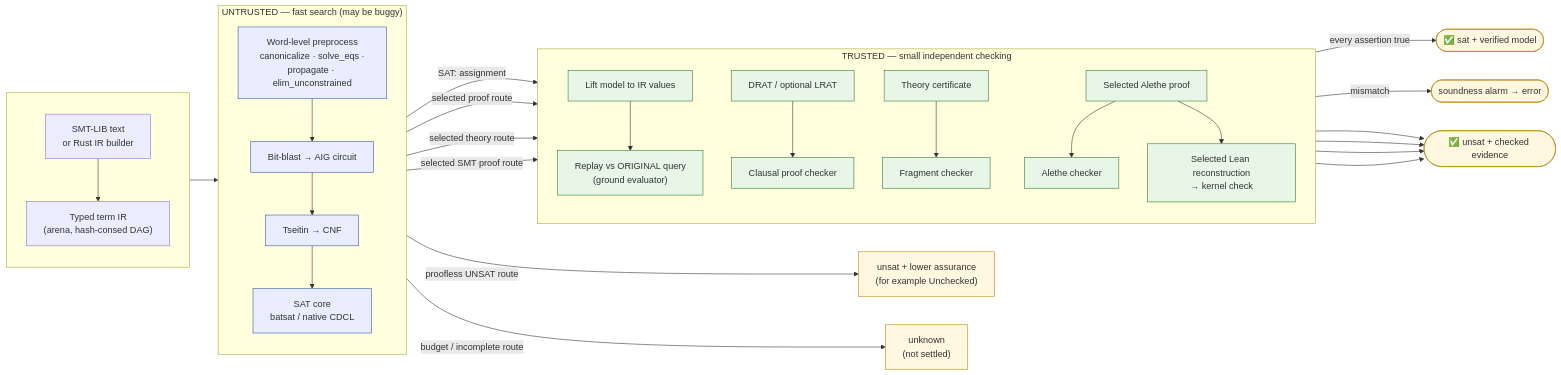
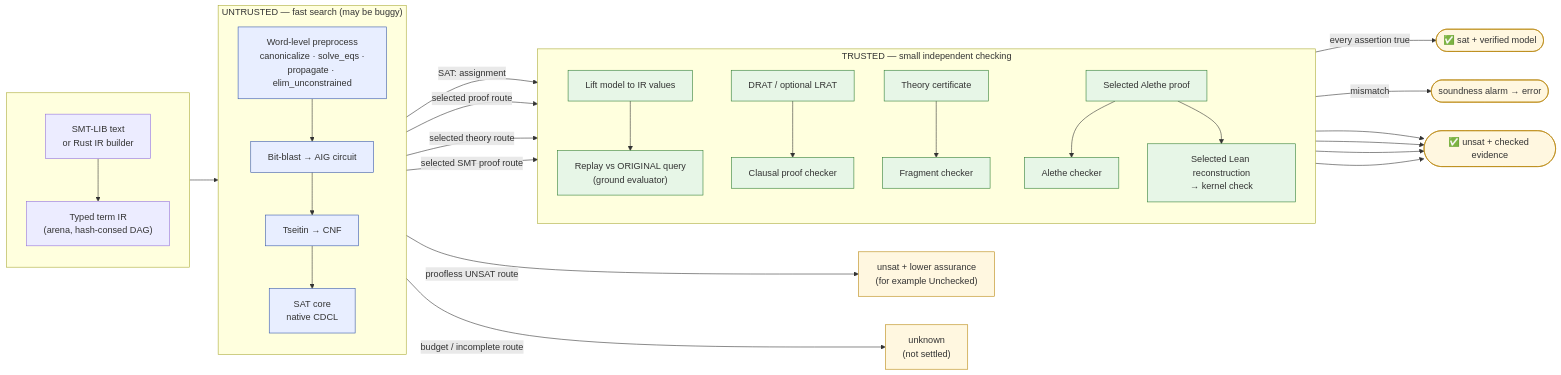
Before and after one commit to mjbommar/axeyum: the first of 2 diagrams in docs/learn/07-how-axeyum-solves-a-query.md, drawn with Mermaid. The commit also changed other lines of this file and 13 other files, not shown here.

````diff
--- a/docs/learn/07-how-axeyum-solves-a-query.md
+++ b/docs/learn/07-how-axeyum-solves-a-query.md
@@ -17,45 +17,45 @@
 ```mermaid
 flowchart LR
     subgraph parse[" "]
         direction TB
         smt["SMT-LIB text<br/>or Rust IR builder"] --> ir["Typed term IR<br/>(arena, hash-consed DAG)"]
     end
 
     subgraph search["UNTRUSTED — fast search (may be buggy)"]
         direction TB
         ir --> pre["Word-level preprocess<br/>canonicalize · solve_eqs ·<br/>propagate · elim_unconstrained"]
         pre --> blast["Bit-blast → AIG circuit"]
         blast --> cnf["Tseitin → CNF"]
-        cnf --> sat["SAT core<br/>batsat / native CDCL"]
+        cnf --> sat["SAT core<br/>native CDCL"]
     end
 
     subgraph check["TRUSTED — small independent checking"]
         direction TB
         model["Lift model to IR values"] --> replay["Replay vs ORIGINAL query<br/>(ground evaluator)"]
         prop["DRAT / optional LRAT"] --> pcheck["Clausal proof checker"]
         theory["Theory certificate"] --> tcheck["Fragment checker"]
         alethe["Selected Alethe proof"] --> acheck["Alethe checker"]
         alethe --> lean["Selected Lean reconstruction<br/>→ kernel check"]
     end
 
     sat -->|"SAT: assignment"| model
     sat -->|"selected proof route"| prop
     sat -->|"selected theory route"| theory
     sat -->|"selected SMT proof route"| alethe
     sat -->|"proofless UNSAT route"| lower["unsat + lower assurance<br/>(for example Unchecked)"]
     sat -->|"budget / incomplete route"| unknown["unknown<br/>(not settled)"]
 
     replay -->|"every assertion true"| satOut(["✅ sat + verified model"])
     replay -->|"mismatch"| alarm(["soundness alarm → error"])
     pcheck --> unsatOut(["✅ unsat + checked evidence"])
     tcheck --> unsatOut
     acheck --> unsatOut
     lean --> unsatOut
 
     classDef u fill:#e8eeff,stroke:#3355aa;
     classDef t fill:#e7f6e7,stroke:#2e7d32;
     classDef out fill:#fff7e0,stroke:#b8860b;
     class pre,blast,cnf,sat u;
     class model,replay,prop,pcheck,theory,tcheck,alethe,acheck,lean t;
     class satOut,unsatOut,lower,unknown,alarm out;
 ```
````
